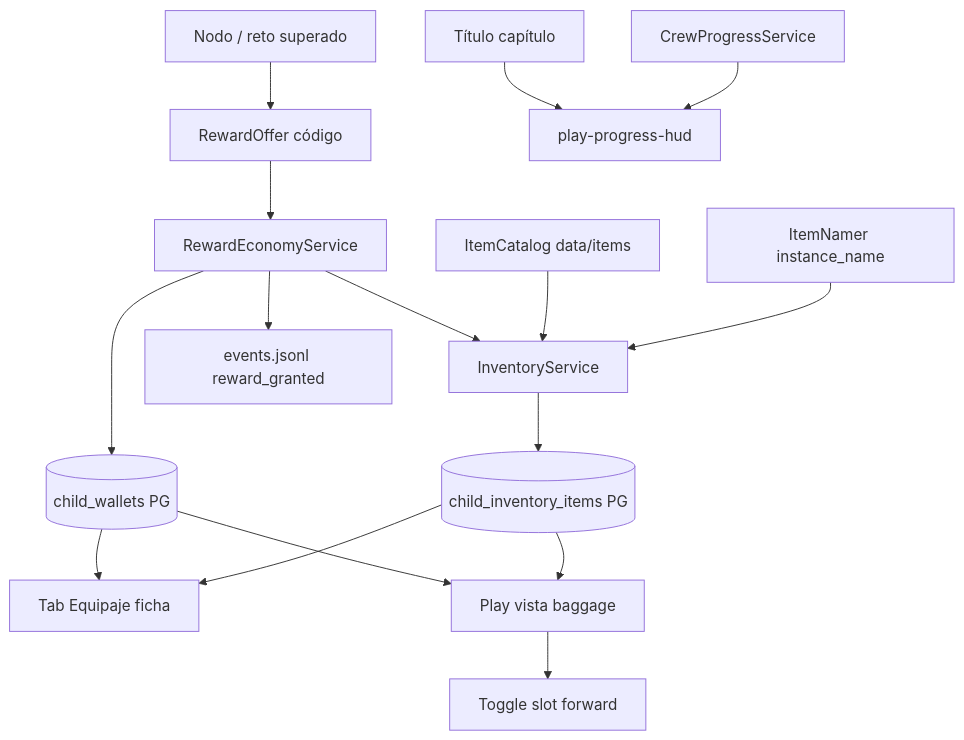
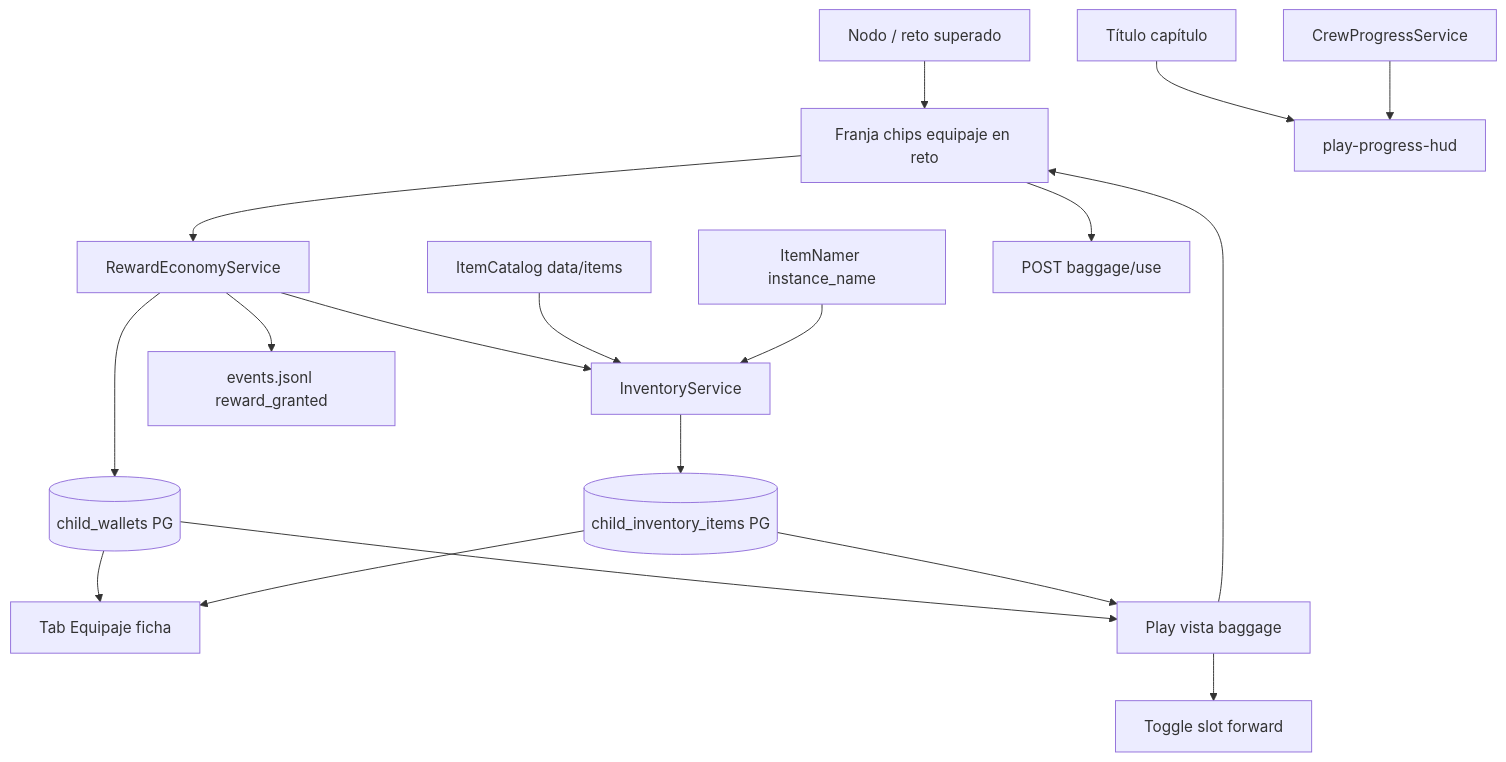
One commit to KuiperBelt-PRO/kidepik changed the diagram in .cursor/diagrams/19-rewards-inventory.md. Above: the diagram before and after it, drawn with Mermaid. The commit also changed 22 other files, not shown here.

First line of the commit message:
add baggage offer flow and path composer tutor context

````diff
--- a/.cursor/diagrams/19-rewards-inventory.md
+++ b/.cursor/diagrams/19-rewards-inventory.md
@@ -5,18 +5,20 @@
 ```mermaid
 flowchart TB
   Path[Nodo / reto superado] --> Offer[RewardOffer código]
   Offer --> Econ[RewardEconomyService]
   Econ --> Wallet[(child_wallets PG)]
   Econ --> Inv[InventoryService]
   Inv --> Items[(child_inventory_items PG)]
   Econ --> Ledger[events.jsonl reward_granted]
   Catalog[ItemCatalog data/items] --> Inv
   Namer[ItemNamer instance_name] --> Inv
   Wallet --> TutorUI[Tab Equipaje ficha]
   Items --> TutorUI
   Wallet --> PlayUI[Play vista baggage]
   Items --> PlayUI
   PlayUI --> Toggle[Toggle slot forward]
+  PlayUI --> Offer[Franja chips equipaje en reto]
+  Offer --> Use[POST baggage/use]
   Chapter[Título capítulo] --> HUD[play-progress-hud]
   CrewProg[CrewProgressService] --> HUD
 ```
````
